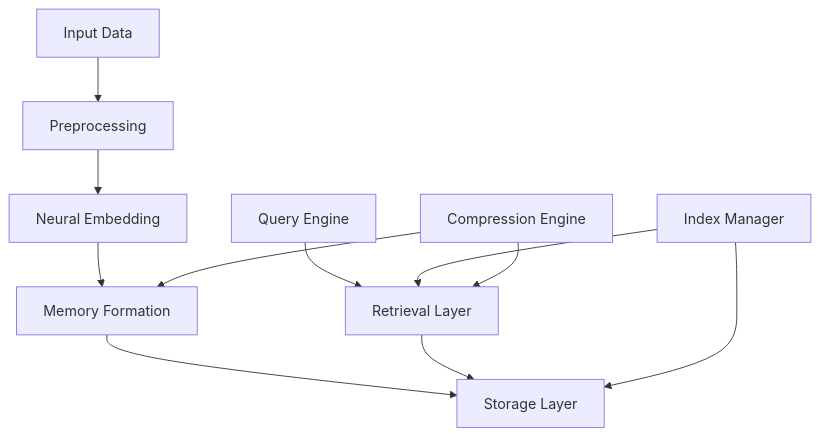
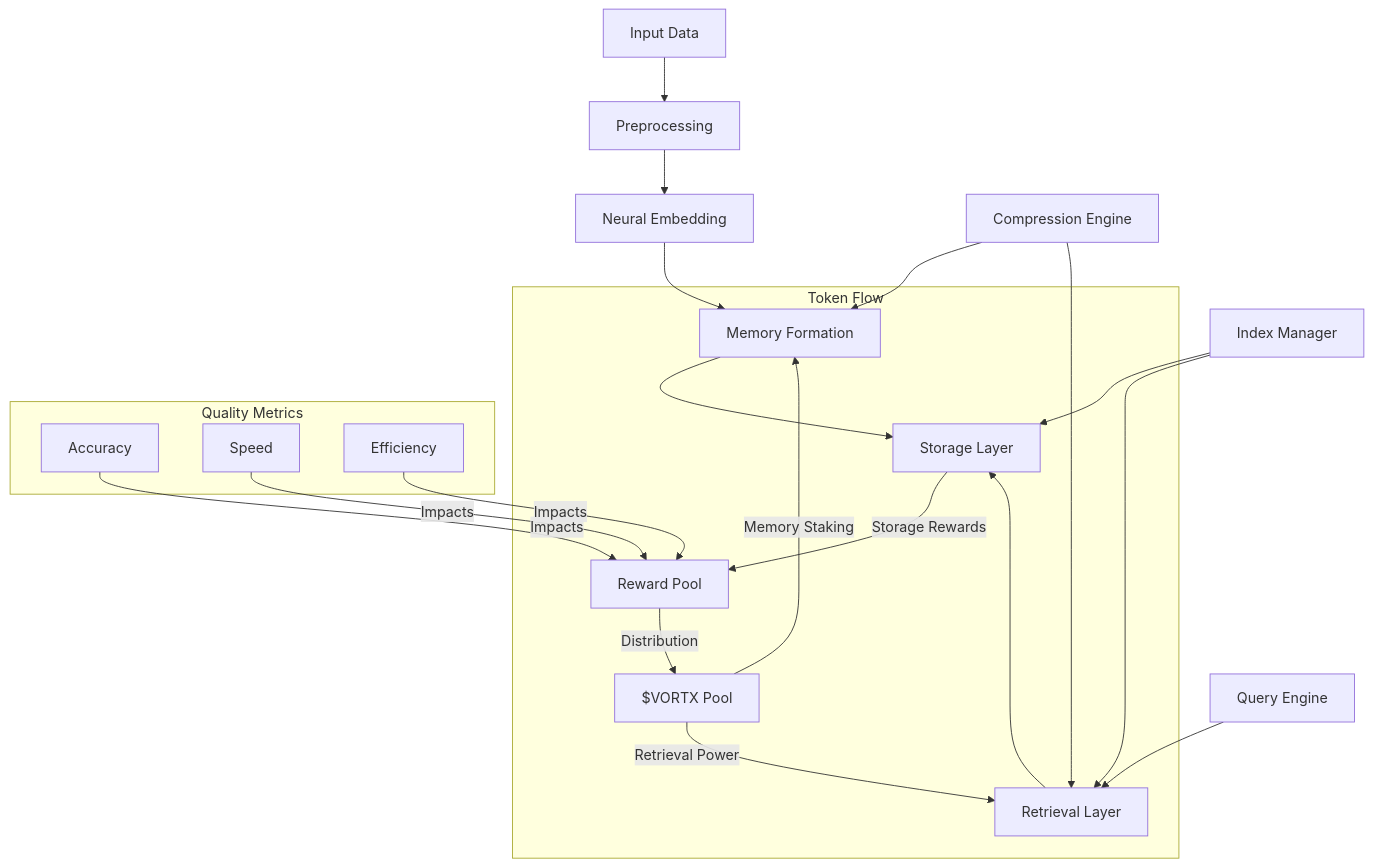
One commit to Vortx-AI/synthetic-satellite changed the first of 3 diagrams in docs/whitepapers/memory-formation.md. Above: the diagram before and after it, drawn with Mermaid. The commit also changed other lines of this file and 3 other files, not shown here.

````diff
--- a/docs/whitepapers/memory-formation.md
+++ b/docs/whitepapers/memory-formation.md
@@ -38,16 +40,29 @@
 ```mermaid
 graph TD
     A[Input Data] --> B[Preprocessing]
     B --> C[Neural Embedding]
     C --> D[Memory Formation]
     D --> E[Storage Layer]
     
     F[Query Engine] --> G[Retrieval Layer]
     G --> E
     
     H[Index Manager] --> E
     H --> G
     
     I[Compression Engine] --> D
     I --> G
+
+    subgraph Token Flow
+        T1[$VORTX Pool] -->|Memory Staking| D
+        T1 -->|Retrieval Power| G
+        E -->|Storage Rewards| T2[Reward Pool]
+        T2 -->|Distribution| T1
+    end
+
+    subgraph Quality Metrics
+        Q1[Accuracy] -->|Impacts| T2
+        Q2[Speed] -->|Impacts| T2
+        Q3[Efficiency] -->|Impacts| T2
+    end
 ```
````
